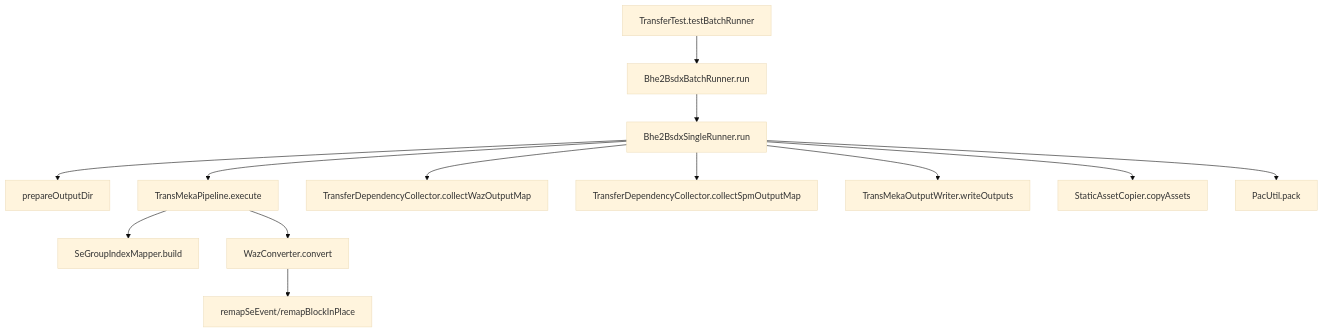
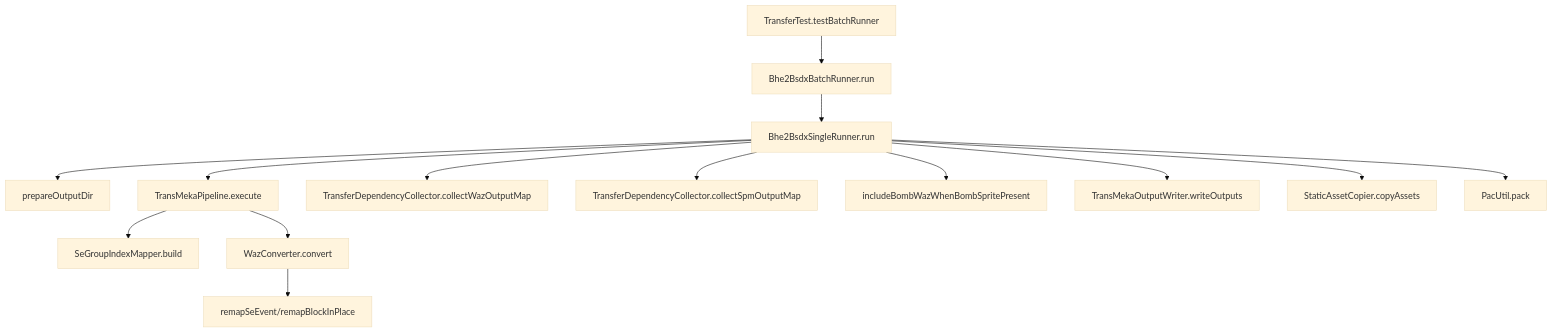
The first of 2 diagrams in src/main/java/com/giga/nexas/transfer/bhe2bsdx/TKY_PAC_ANALYSIS_AND_GENERAL_FLOW.md (Karaik/NeXAS_DX), drawn with Mermaid (base theme) before and after one commit. The commit also changed other lines of this file and 7 other files, not shown here.

Commit message:
Align tsukuyomi transfer output set and refresh tky pac evidence

````diff
--- a/src/main/java/com/giga/nexas/transfer/bhe2bsdx/TKY_PAC_ANALYSIS_AND_GENERAL_FLOW.md
+++ b/src/main/java/com/giga/nexas/transfer/bhe2bsdx/TKY_PAC_ANALYSIS_AND_GENERAL_FLOW.md
@@ -76,15 +51,16 @@
 ```mermaid
 flowchart TD
   A[TransferTest.testBatchRunner] --> B[Bhe2BsdxBatchRunner.run]
   B --> C[Bhe2BsdxSingleRunner.run]
   C --> D[prepareOutputDir]
   C --> E[TransMekaPipeline.execute]
   E --> E1[SeGroupIndexMapper.build]
   E --> E2[WazConverter.convert]
   E2 --> E3[remapSeEvent/remapBlockInPlace]
   C --> F[TransferDependencyCollector.collectWazOutputMap]
   C --> G[TransferDependencyCollector.collectSpmOutputMap]
-  C --> H[TransMekaOutputWriter.writeOutputs]
-  C --> I[StaticAssetCopier.copyAssets]
-  C --> J[PacUtil.pack]
+  C --> H[includeBombWazWhenBombSpritePresent]
+  C --> I[TransMekaOutputWriter.writeOutputs]
+  C --> J[StaticAssetCopier.copyAssets]
+  C --> K[PacUtil.pack]
 ```
````
